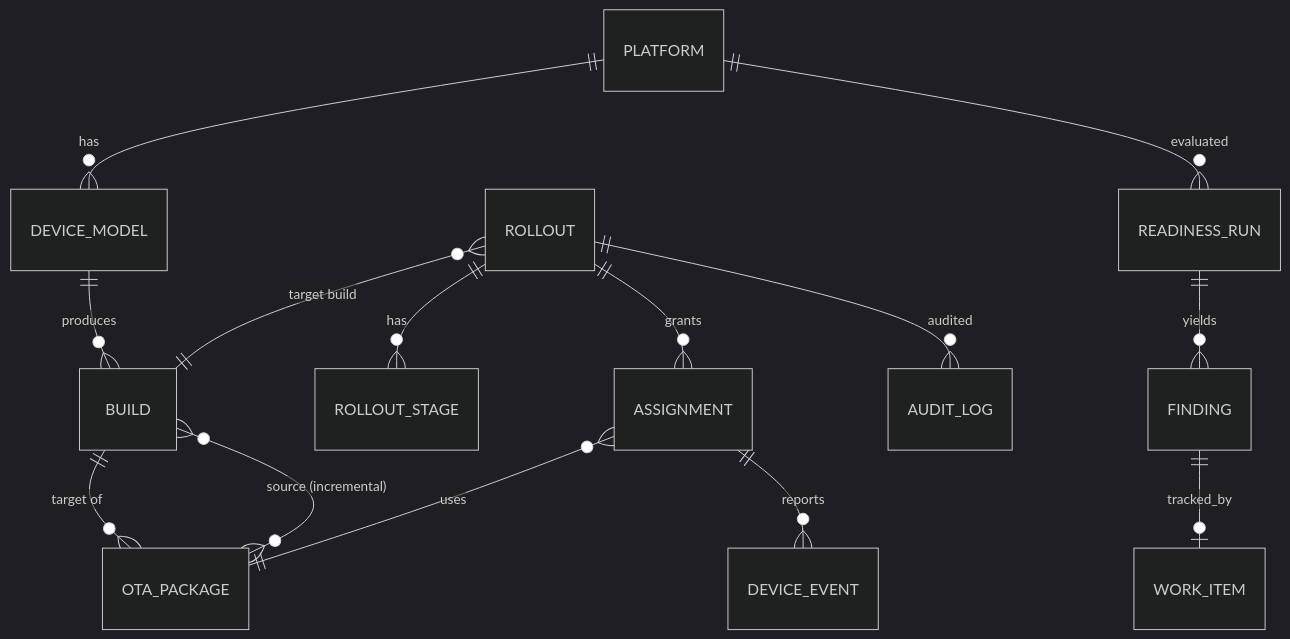
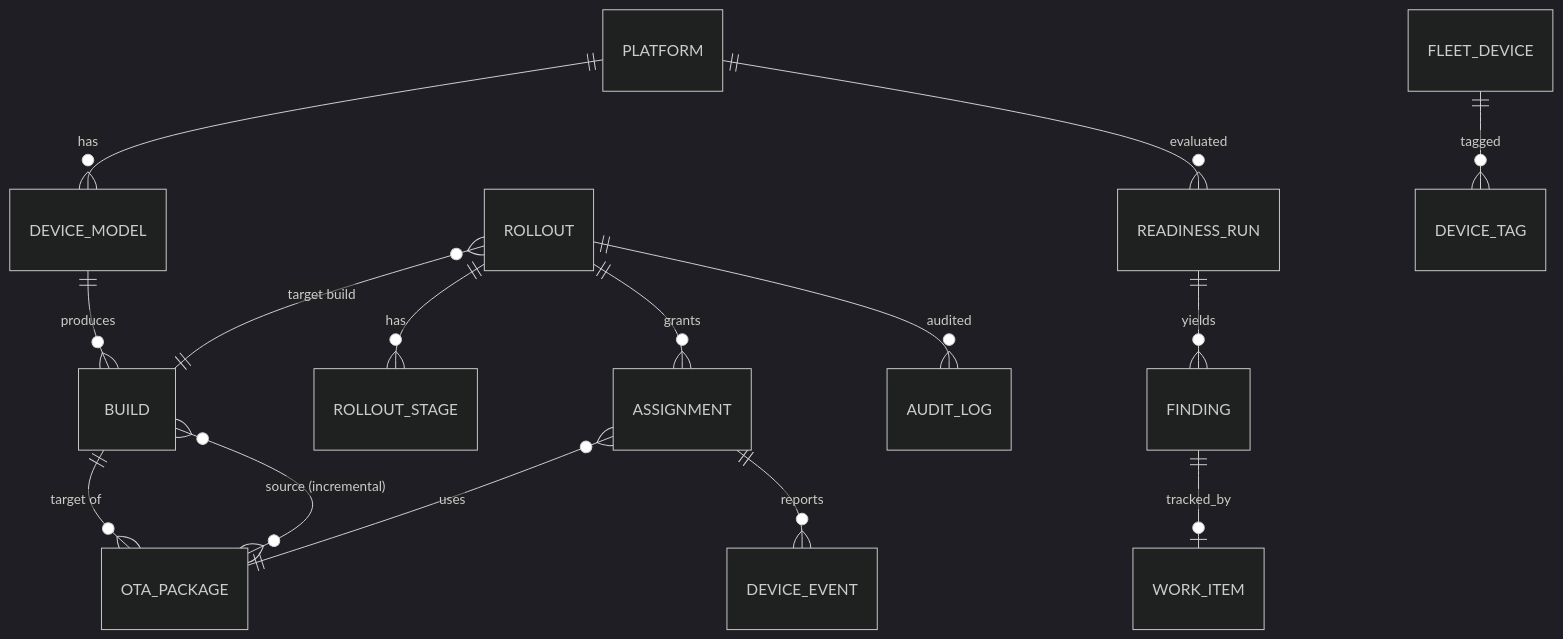
One commit to kos2001/android-os changed the diagram in docs/design/03-data-model.md. Above: the diagram before and after it, drawn with Mermaid (dark theme). The commit also changed other lines of this file and 20 other files, not shown here.

Commit message:
Add fleet inventory, tag targeting, and rollout promotion gates

````diff
--- a/docs/design/03-data-model.md
+++ b/docs/design/03-data-model.md
@@ -7,16 +7,17 @@
 ```mermaid
 erDiagram
   PLATFORM ||--o{ DEVICE_MODEL : has
   DEVICE_MODEL ||--o{ BUILD : produces
   BUILD ||--o{ OTA_PACKAGE : "target of"
   OTA_PACKAGE }o--o{ BUILD : "source (incremental)"
   ROLLOUT }o--|| BUILD : "target build"
   ROLLOUT ||--o{ ROLLOUT_STAGE : has
   ROLLOUT ||--o{ ASSIGNMENT : grants
   ASSIGNMENT }o--|| OTA_PACKAGE : uses
   ASSIGNMENT ||--o{ DEVICE_EVENT : reports
+  FLEET_DEVICE ||--o{ DEVICE_TAG : tagged
   PLATFORM ||--o{ READINESS_RUN : evaluated
   READINESS_RUN ||--o{ FINDING : yields
   FINDING ||--o| WORK_ITEM : tracked_by
   ROLLOUT ||--o{ AUDIT_LOG : audited
 ```
````
